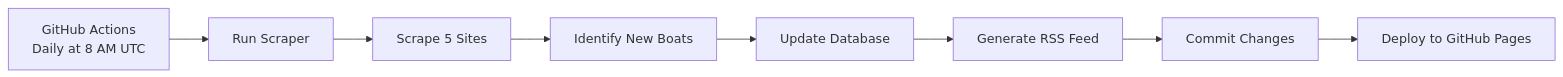
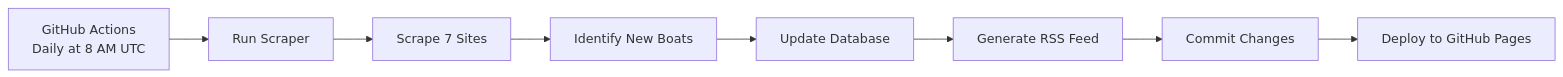
One commit to JJ-RI/boatscraper changed the diagram in README.md. Above: the diagram before and after it, drawn with Mermaid. The commit also changed other lines of this file and 1 other file, not shown here.

````diff
--- a/README.md
+++ b/README.md
@@ -68,10 +64,10 @@
 ```mermaid
 graph LR
     A[GitHub Actions<br/>Daily at 8 AM UTC] --> B[Run Scraper]
-    B --> C[Scrape 5 Sites]
+    B --> C[Scrape 7 Sites]
     C --> D[Identify New Boats]
     D --> E[Update Database]
     E --> F[Generate RSS Feed]
     F --> G[Commit Changes]
     G --> H[Deploy to GitHub Pages]
 ```
````
